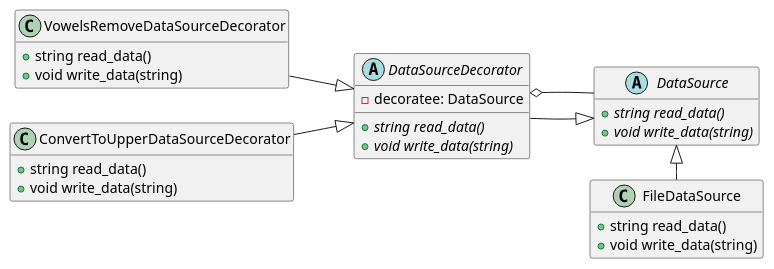
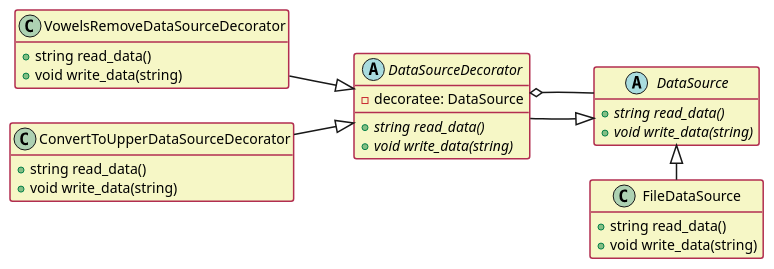
One commit to Leartiz/try_patterns changed the diagram in dps_py/structural/decorator/v1/diagrams/class.wsd. Above: the diagram before and after it, drawn with PlantUML. The commit also changed 6 other files, not shown here.

```diff
--- a/dps_py/structural/decorator/v1/diagrams/class.wsd
+++ b/dps_py/structural/decorator/v1/diagrams/class.wsd
@@ -1,48 +1,55 @@
 @startuml class_diagram
+
+skinparam ClassBackgroundColor #F6F7C6
+skinparam ClassBorderColor #B22E50
+skinparam ClassBorderThickness 1.5
+skinparam ArrowThickness 1.5
+
+'------------------------------------------------
 
 hide empty methods
 hide empty members
 
 ' nodes
 '------------------------------------------------
 
 abstract DataSource {
     +string {abstract} read_data()
     +void {abstract} write_data(string)
 }
 
 class FileDataSource {
     +string read_data()
     +void write_data(string)
 }
 
 abstract DataSourceDecorator {
     +string {abstract} read_data()
     +void {abstract} write_data(string)
     -decoratee: DataSource
 }
 
 class VowelsRemoveDataSourceDecorator {
     +string read_data()
     +void write_data(string)
 }
 
 class ConvertToUpperDataSourceDecorator {
     +string read_data()
     +void write_data(string)
 }
 
 ' edges
 '------------------------------------------------
 
 left to right direction
 
 DataSourceDecorator --|> DataSource
 DataSourceDecorator o-- DataSource
 
 FileDataSource -l-|> DataSource
 
 ConvertToUpperDataSourceDecorator -d-|> DataSourceDecorator 
 VowelsRemoveDataSourceDecorator -d-|> DataSourceDecorator
 
 @enduml
```
